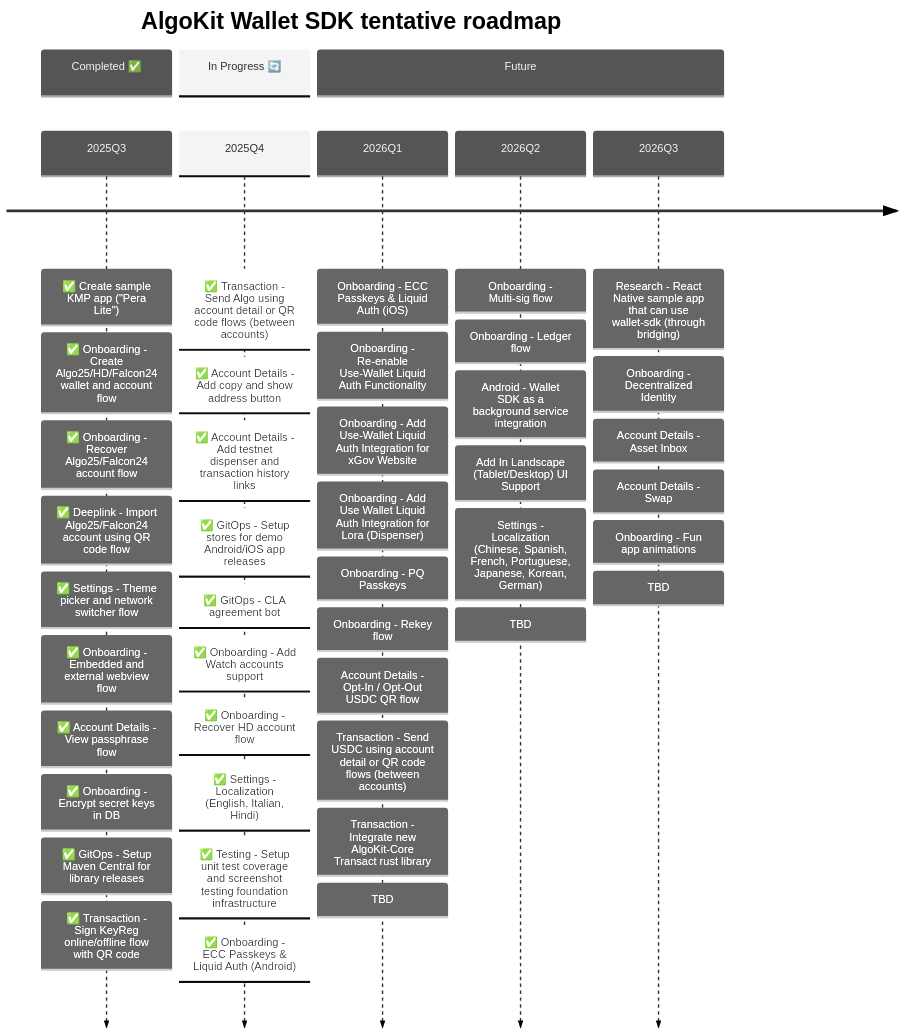
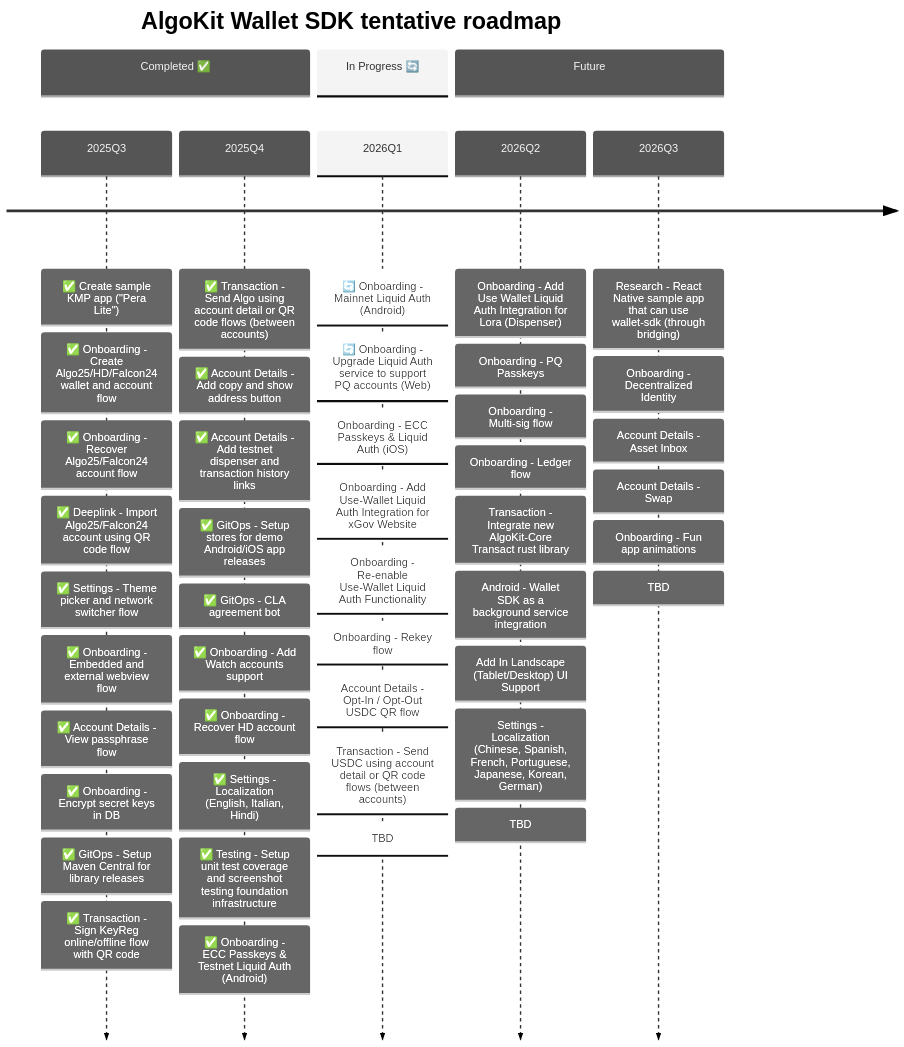
One commit to michaeltchuangllc/algokit-walletsdk-kmp changed the second of 3 diagrams in README.md. Above: the diagram before and after it, drawn with Mermaid.

Commit message:
docs: update roadmap

````diff
--- a/README.md
+++ b/README.md
@@ -67,58 +67,61 @@
 ```mermaid
 ---
 config:
   theme: 'neutral'
 ---
 timeline
     title AlgoKit Wallet SDK tentative roadmap
 
     section Completed ✅
     2025Q3  : ✅ Create sample KMP app ("Pera Lite")
             : ✅ Onboarding - Create Algo25/HD/Falcon24 wallet and account flow
             : ✅ Onboarding - Recover Algo25/Falcon24 account flow
             : ✅ Deeplink - Import Algo25/Falcon24 account using QR code flow
             : ✅ Settings - Theme picker and network switcher flow
             : ✅ Onboarding - Embedded and external webview flow
             : ✅ Account Details - View passphrase flow
             : ✅ Onboarding - Encrypt secret keys in DB
             : ✅ GitOps - Setup Maven Central for library releases
             : ✅ Transaction - Sign KeyReg online/offline flow with QR code
 
-    section In Progress 🔄
     2025Q4  : ✅ Transaction - Send Algo using account detail or QR code flows (between accounts)
             : ✅ Account Details - Add copy and show address button
             : ✅ Account Details - Add testnet dispenser and transaction history links
             : ✅ GitOps - Setup stores for demo Android/iOS app releases
             : ✅ GitOps - CLA agreement bot
             : ✅ Onboarding - Add Watch accounts support
             : ✅ Onboarding - Recover HD account flow
             : ✅ Settings - Localization (English, Italian, Hindi)
             : ✅ Testing - Setup unit test coverage and screenshot testing foundation infrastructure
-            : ✅ Onboarding - ECC Passkeys & Liquid Auth (Android)
+            : ✅ Onboarding - ECC Passkeys & Testnet Liquid Auth (Android)
 
-    section Future
-    2026Q1  : Onboarding - ECC Passkeys & Liquid Auth (iOS)
+    section In Progress 🔄
+    2026Q1  : 🔄 Onboarding - Mainnet Liquid Auth (Android)
+            : 🔄 Onboarding - Upgrade Liquid Auth service to support PQ accounts (Web)
+            : Onboarding - ECC Passkeys & Liquid Auth (iOS)
+            : Onboarding - Add Use-Wallet Liquid Auth Integration for xGov Website
             : Onboarding - Re-enable Use-Wallet Liquid Auth Functionality
-            : Onboarding - Add Use-Wallet Liquid Auth Integration for xGov Website
-            : Onboarding - Add Use Wallet Liquid Auth Integration for Lora (Dispenser)
-            : Onboarding - PQ Passkeys
             : Onboarding - Rekey flow
             : Account Details - Opt-In / Opt-Out USDC QR flow
             : Transaction - Send USDC using account detail or QR code flows (between accounts)
-            : Transaction - Integrate new AlgoKit-Core Transact rust library
             : TBD
+
+    section Future
     2026Q2   
+            : Onboarding - Add Use Wallet Liquid Auth Integration for Lora (Dispenser)
+            : Onboarding - PQ Passkeys
             : Onboarding - Multi-sig flow
             : Onboarding - Ledger flow
+            : Transaction - Integrate new AlgoKit-Core Transact rust library
             : Android - Wallet SDK as a background service integration
             : Add In Landscape (Tablet/Desktop) UI Support
             : Settings - Localization (Chinese, Spanish, French, Portuguese, Japanese, Korean, German)
             : TBD
     2026Q3
             : Research - React Native sample app that can use wallet-sdk (through bridging)
             : Onboarding - Decentralized Identity
             : Account Details - Asset Inbox
             : Account Details - Swap
             : Onboarding - Fun app animations
             : TBD
 ```
````
